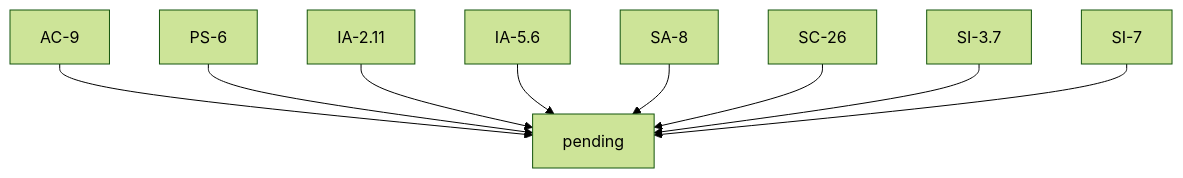
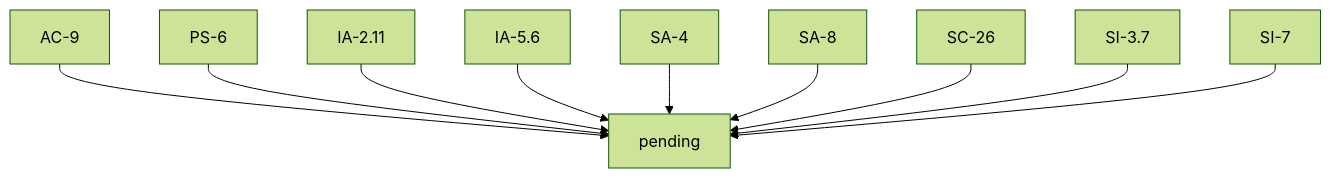
The second of 2 diagrams in docs/google-cloud-security-controls.md (GoogleCloudPlatform/pbmm-on-gcp-onboarding), drawn with Mermaid (forest theme) before and after one commit. The commit also changed other lines of this file, not shown here.

````diff
--- a/docs/google-cloud-security-controls.md
+++ b/docs/google-cloud-security-controls.md
@@ -122,15 +122,15 @@
 ```mermaid
 graph TD;
    
     AC-9-->pending;
     PS-6-->pending;
     IA-2.11-->pending;
     IA-5.6-->pending;
-    
+    SA-4-->pending;
     SA-8-->pending;
     SC-26-->pending;
   
     SI-3.7-->pending;
     SI-7-->pending;
   
 ```
````
